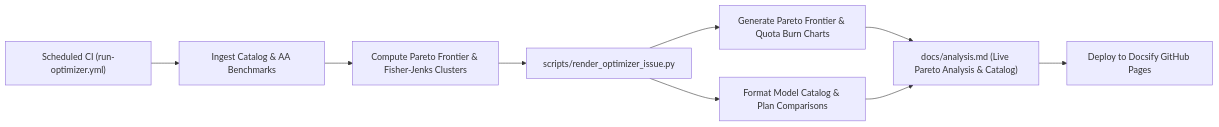
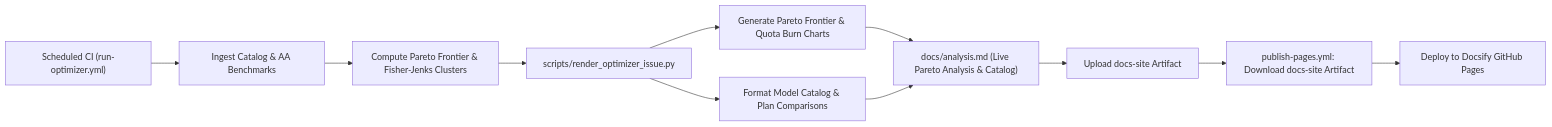
One commit to dbensmith/opencode-go-model-optimizer changed the diagram in docs/analysis.md. Above: the diagram before and after it, drawn with Mermaid. The commit also changed 5 other files, not shown here.

Commit message:
feat(ci): publish the Docsify site from a dedicated Pages workflow

````diff
--- a/docs/analysis.md
+++ b/docs/analysis.md
@@ -5,11 +5,13 @@
 ```mermaid
 flowchart LR
     CI["Scheduled CI (run-optimizer.yml)"] --> FETCH["Ingest Catalog & AA Benchmarks"]
     FETCH --> OPT["Compute Pareto Frontier & Fisher-Jenks Clusters"]
     OPT --> RENDER["scripts/render_optimizer_issue.py"]
     RENDER --> CHARTS["Generate Pareto Frontier & Quota Burn Charts"]
     RENDER --> CATALOG["Format Model Catalog & Plan Comparisons"]
     CHARTS --> ANALYSIS["docs/analysis.md (Live Pareto Analysis & Catalog)"]
     CATALOG --> ANALYSIS
-    ANALYSIS --> PAGES["Deploy to Docsify GitHub Pages"]
+    ANALYSIS --> ARTIFACT["Upload docs-site Artifact"]
+    ARTIFACT --> DOWNLOAD["publish-pages.yml: Download docs-site Artifact"]
+    DOWNLOAD --> PAGES["Deploy to Docsify GitHub Pages"]
 ```
````
